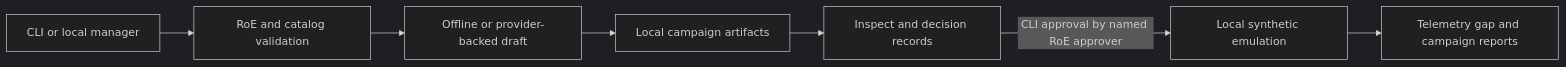
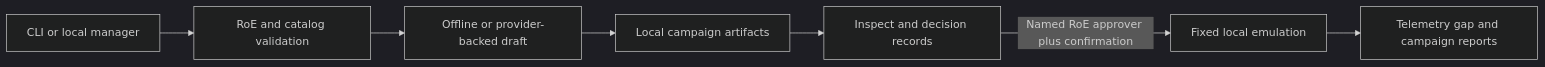
Before and after one commit to rikterskale/AdversaryFlow: the diagram in docs/ARCHITECTURE.md, drawn with Mermaid (dark theme). The commit also changed other lines of this file and 17 other files, not shown here.

````diff
--- a/docs/ARCHITECTURE.md
+++ b/docs/ARCHITECTURE.md
@@ -5,9 +5,9 @@
 ```mermaid
 flowchart LR
   CLI[CLI or local manager] --> RoE[RoE and catalog validation]
   RoE --> Draft[Offline or provider-backed draft]
   Draft --> Store[Local campaign artifacts]
   Store --> Review[Inspect and decision records]
-  Review -->|CLI approval by named RoE approver| Sim[Local synthetic emulation]
+  Review -->|Named RoE approver plus confirmation| Sim[Fixed local emulation]
   Sim --> Report[Telemetry gap and campaign reports]
 ```
````
